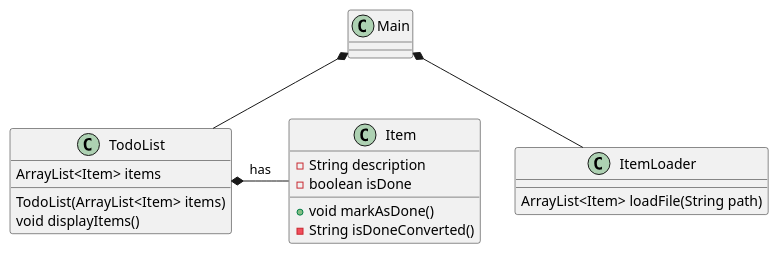
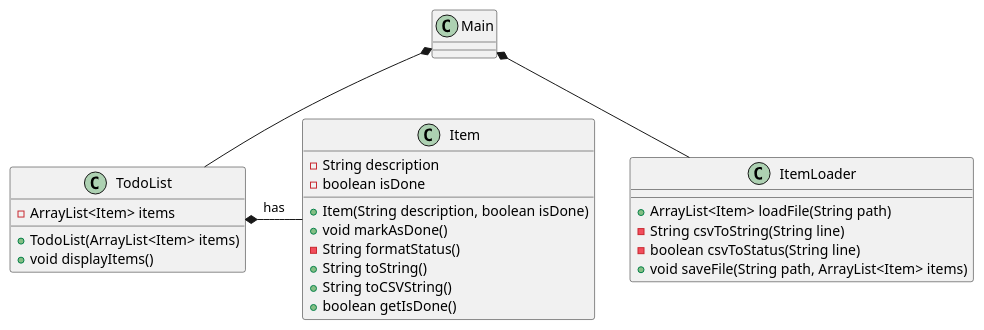
The diagram in doc/classdiagram_2.0.puml (DHangaard/TodoApp), drawn with PlantUML before and after one commit. The commit also changed 7 other files, not shown here.

```diff
--- a/doc/classdiagram_2.0.puml
+++ b/doc/classdiagram_2.0.puml
@@ -1,29 +1,36 @@
 @startuml
 
 class Main
 
 class ItemLoader{
-ArrayList<Item> loadFile(String path)
++ ArrayList<Item> loadFile(String path)
+- String csvToString(String line)
+- boolean csvToStatus(String line)
++ void saveFile(String path, ArrayList<Item> items)
 }
 
 class TodoList{
-ArrayList<Item> items
+- ArrayList<Item> items
 
-TodoList(ArrayList<Item> items)
-void displayItems()
++ TodoList(ArrayList<Item> items)
++ void displayItems()
 }
 
 class Item{
 - String description
 - boolean isDone
 
++ Item(String description, boolean isDone)
 + void markAsDone()
-- String isDoneConverted()
+- String formatStatus()
++ String toString()
++ String toCSVString()
++ boolean getIsDone()
 }
 
 Main *-- ItemLoader
 Main *-- TodoList
 
 TodoList *- Item : has
 
 @enduml
```
